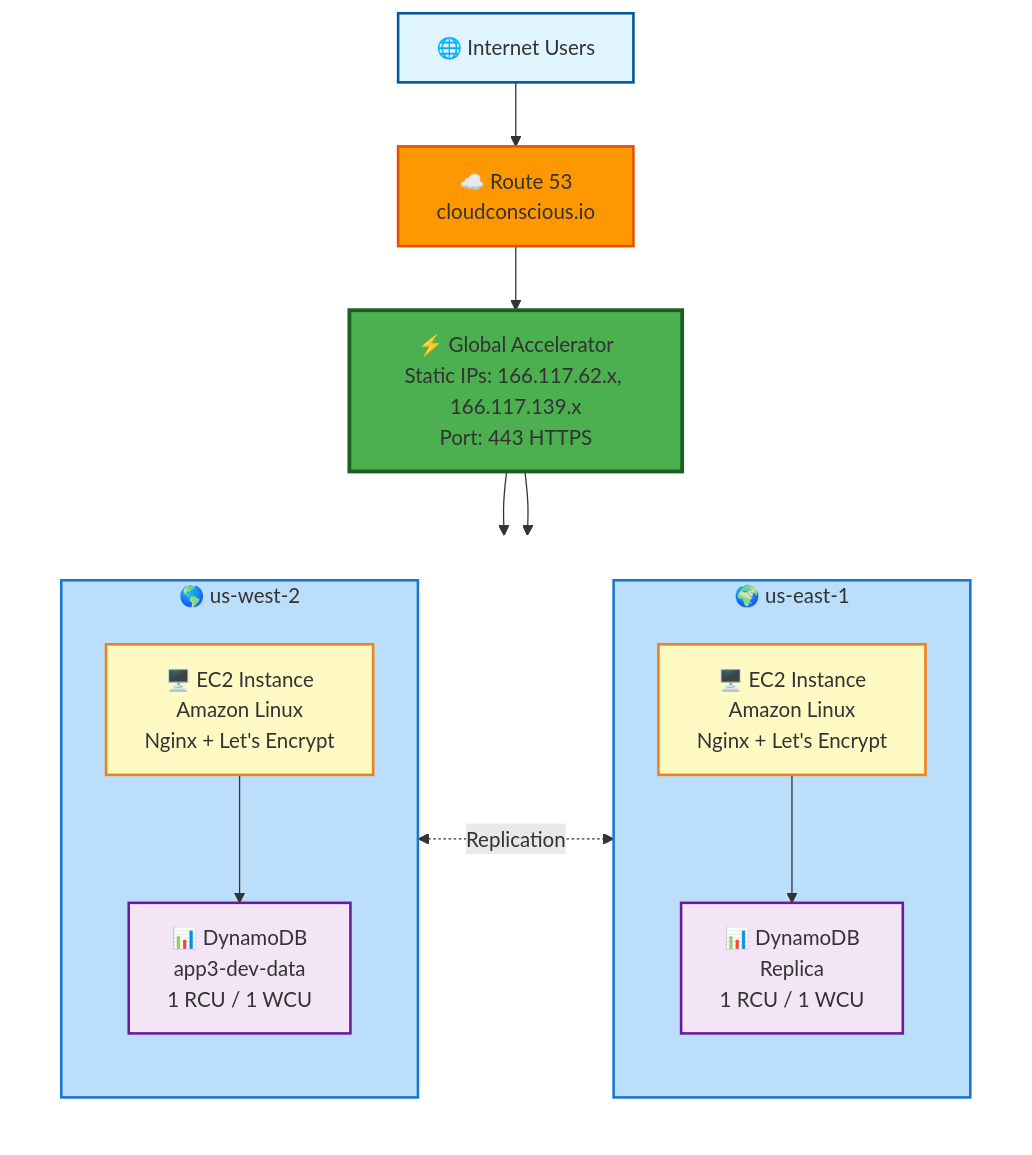
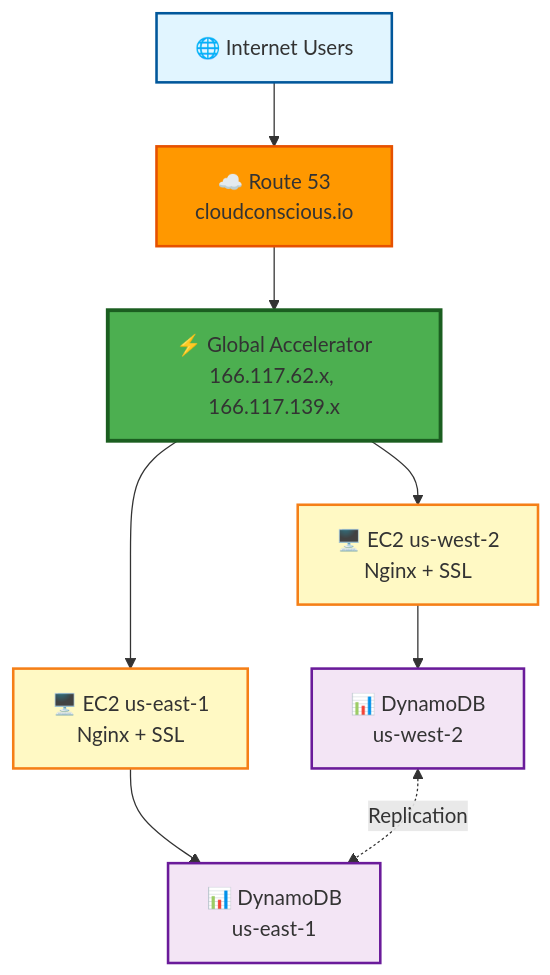
Before and after one commit to vegatros/repo1: the diagram in terraform/stacks/app3/README.md, drawn with Mermaid.

Commit message:
Simplify diagram - remove subgraphs for clean alignment

````diff
--- a/terraform/stacks/app3/README.md
+++ b/terraform/stacks/app3/README.md
@@ -9,42 +9,21 @@
 ```mermaid
-flowchart TD
-    Users[🌐 Internet Users]
-    R53[☁️ Route 53<br/>cloudconscious.io]
-    GA[⚡ Global Accelerator<br/>Static IPs: 166.117.62.x, 166.117.139.x<br/>Port: 443 HTTPS]
+graph TD
+    Users[🌐 Internet Users] --> R53[☁️ Route 53<br/>cloudconscious.io]
+    R53 --> GA[⚡ Global Accelerator<br/>166.117.62.x, 166.117.139.x]
     
-    Users --> R53
-    R53 --> GA
+    GA --> EC2W[🖥️ EC2 us-west-2<br/>Nginx + SSL]
+    GA --> EC2E[🖥️ EC2 us-east-1<br/>Nginx + SSL]
     
-    GA --> West
-    GA --> East
-    
-    subgraph Regions[" "]
-        direction LR
-        subgraph West[🌎 us-west-2]
-            direction TB
-            EC2W[🖥️ EC2 Instance<br/>Amazon Linux<br/>Nginx + Let's Encrypt]
-            DDBW[📊 DynamoDB<br/>app3-dev-data<br/>1 RCU / 1 WCU]
-            EC2W --> DDBW
-        end
-        
-        subgraph East[🌍 us-east-1]
-            direction TB
-            EC2E[🖥️ EC2 Instance<br/>Amazon Linux<br/>Nginx + Let's Encrypt]
-            DDBE[📊 DynamoDB<br/>Replica<br/>1 RCU / 1 WCU]
-            EC2E --> DDBE
-        end
-    end
+    EC2W --> DDBW[📊 DynamoDB<br/>us-west-2]
+    EC2E --> DDBE[📊 DynamoDB<br/>us-east-1]
     
     DDBW <-.Replication.-> DDBE
     
     style Users fill:#e1f5ff,stroke:#01579b,stroke-width:2px
     style R53 fill:#ff9800,stroke:#e65100,stroke-width:2px
     style GA fill:#4caf50,stroke:#1b5e20,stroke-width:3px
-    style Regions fill:none,stroke:none
-    style West fill:#bbdefb,stroke:#1976d2,stroke-width:2px
-    style East fill:#bbdefb,stroke:#1976d2,stroke-width:2px
     style EC2W fill:#fff9c4,stroke:#f57f17,stroke-width:2px
     style EC2E fill:#fff9c4,stroke:#f57f17,stroke-width:2px
     style DDBW fill:#f3e5f5,stroke:#6a1b9a,stroke-width:2px
     style DDBE fill:#f3e5f5,stroke:#6a1b9a,stroke-width:2px
 ```
````
